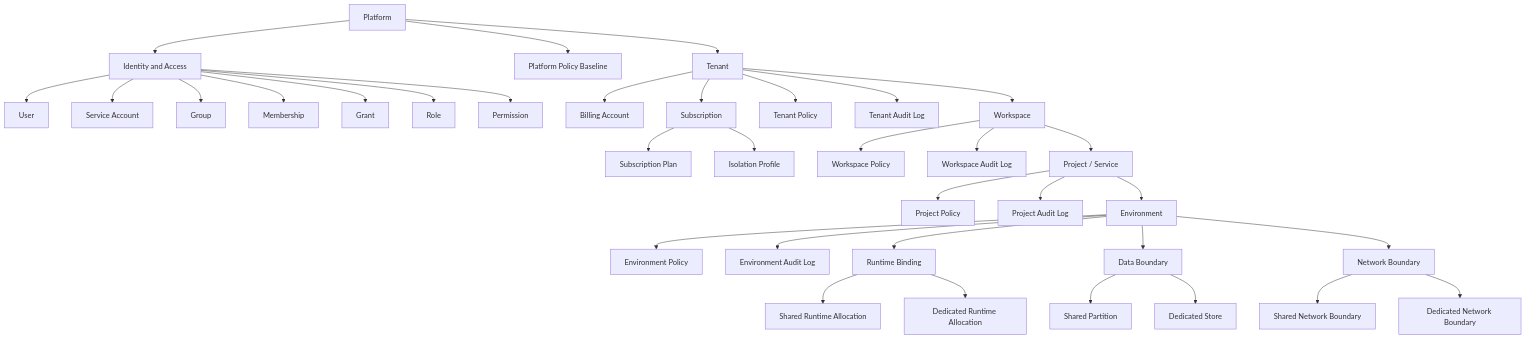
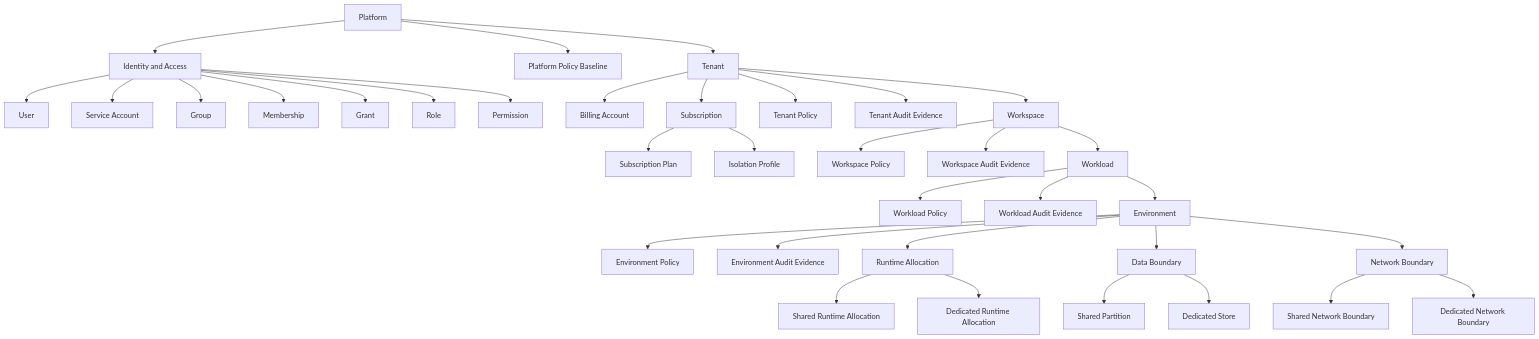
The second of 2 diagrams in documentation/arc42/05_building_block_view.adoc (stefan-karlsson/software-architecture), drawn with Mermaid before and after one commit. The commit also changed other lines of this file and 25 other files, not shown here.

First line of the commit message:
feat: Refactor architecture documentation for Platform Control Plane

```diff
--- a/documentation/arc42/05_building_block_view.adoc
+++ b/documentation/arc42/05_building_block_view.adoc
@@ -63,40 +69,40 @@
 [mermaid, format=svg]
 ....
 flowchart TD
   Platform["Platform"]
   Platform --> IdentityAccess["Identity and Access"]
   IdentityAccess --> User["User"]
   IdentityAccess --> ServiceAccount["Service Account"]
   IdentityAccess --> Group["Group"]
   IdentityAccess --> Membership["Membership"]
   IdentityAccess --> Grant["Grant"]
   IdentityAccess --> Role["Role"]
   IdentityAccess --> Permission["Permission"]
 
   Platform --> PlatformPolicyBaseline["Platform Policy Baseline"]
   Platform --> Tenant["Tenant"]
   Tenant --> BillingAccount["Billing Account"]
   Tenant --> Subscription["Subscription"]
   Subscription --> SubscriptionPlan["Subscription Plan"]
   Subscription --> IsolationProfile["Isolation Profile"]
   Tenant --> TenantPolicy["Tenant Policy"]
-  Tenant --> TenantAuditLog["Tenant Audit Log"]
+  Tenant --> TenantAuditEvidence["Tenant Audit Evidence"]
   Tenant --> Workspace["Workspace"]
   Workspace --> WorkspacePolicy["Workspace Policy"]
-  Workspace --> WorkspaceAuditLog["Workspace Audit Log"]
-  Workspace --> ProjectService["Project / Service"]
-  ProjectService --> ProjectPolicy["Project Policy"]
-  ProjectService --> ProjectAuditLog["Project Audit Log"]
-  ProjectService --> Environment["Environment"]
+  Workspace --> WorkspaceAuditEvidence["Workspace Audit Evidence"]
+  Workspace --> Workload["Workload"]
+  Workload --> WorkloadPolicy["Workload Policy"]
+  Workload --> WorkloadAuditEvidence["Workload Audit Evidence"]
+  Workload --> Environment["Environment"]
   Environment --> EnvironmentPolicy["Environment Policy"]
-  Environment --> EnvironmentAuditLog["Environment Audit Log"]
-  Environment --> RuntimeBinding["Runtime Binding"]
-  RuntimeBinding --> SharedRuntime["Shared Runtime Allocation"]
-  RuntimeBinding --> DedicatedRuntime["Dedicated Runtime Allocation"]
+  Environment --> EnvironmentAuditEvidence["Environment Audit Evidence"]
+  Environment --> RuntimeAllocation["Runtime Allocation"]
+  RuntimeAllocation --> SharedRuntime["Shared Runtime Allocation"]
+  RuntimeAllocation --> DedicatedRuntime["Dedicated Runtime Allocation"]
   Environment --> DataBoundary["Data Boundary"]
   DataBoundary --> SharedPartition["Shared Partition"]
   DataBoundary --> DedicatedStore["Dedicated Store"]
   Environment --> NetworkBoundary["Network Boundary"]
   NetworkBoundary --> SharedNetwork["Shared Network Boundary"]
   NetworkBoundary --> DedicatedNetwork["Dedicated Network Boundary"]
 ....
```
